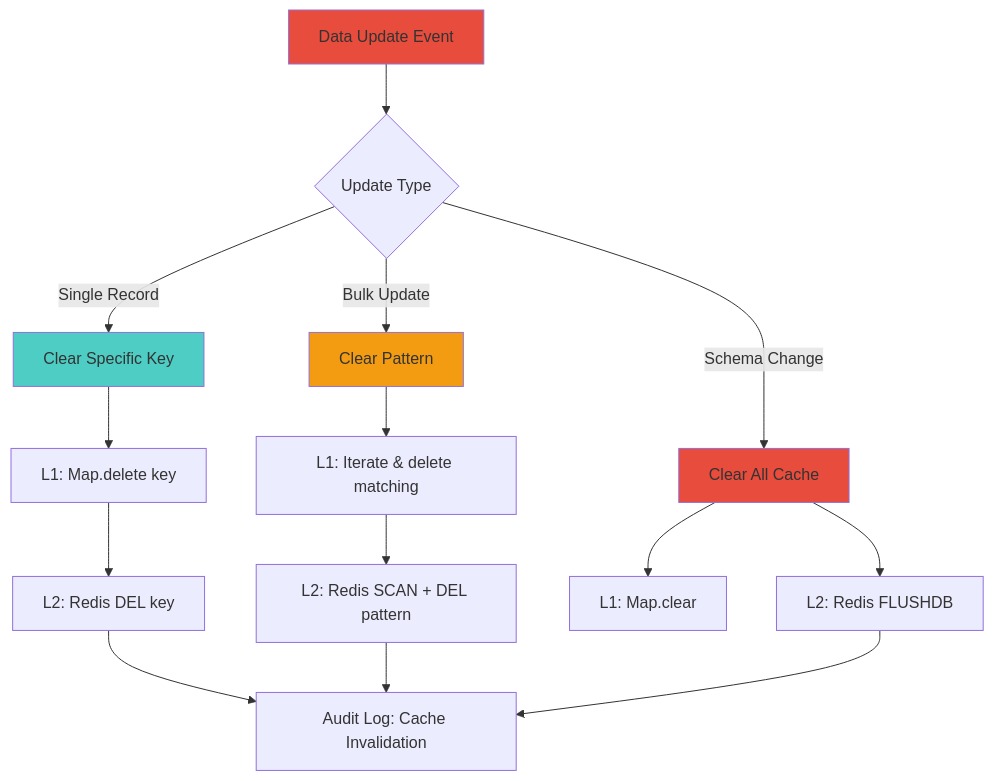
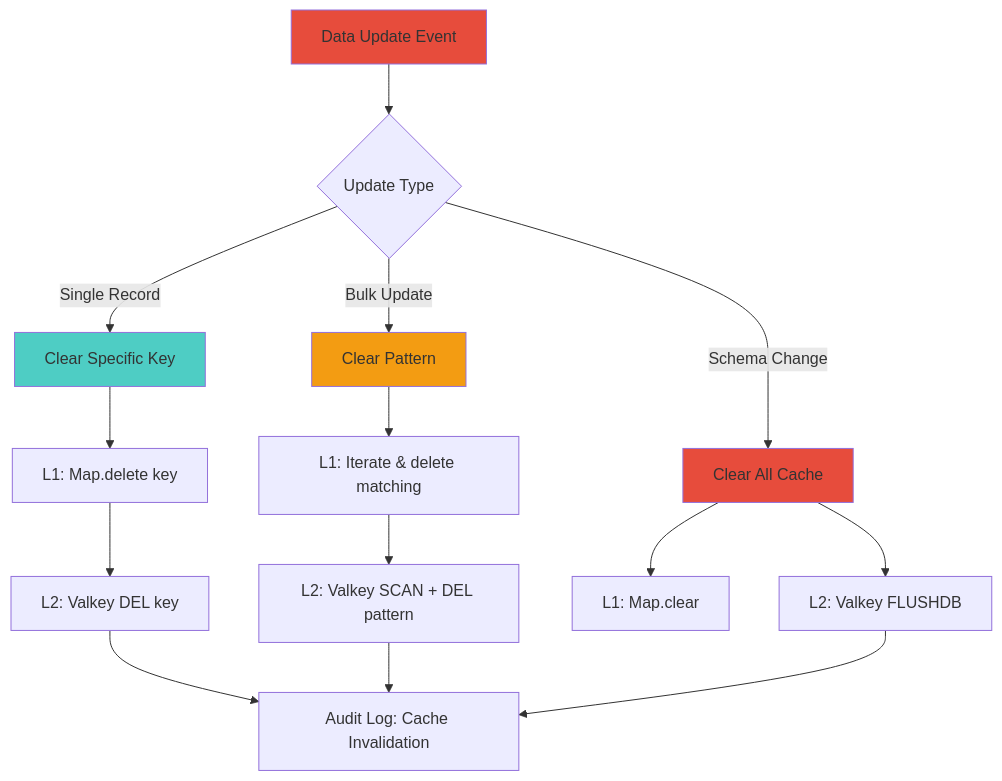
Before and after one commit to telemetryflow/telemetryflow-overview: the seventh of 54 diagrams in architecture/05-PERFORMANCE.md, drawn with Mermaid. The commit also changed other lines of this file and 23 other files, not shown here.

First line of the commit message:
docs: relabel Redis->Valkey in architecture/diagrams/prose (follow-up sweep)

````diff
--- a/architecture/05-PERFORMANCE.md
+++ b/architecture/05-PERFORMANCE.md
@@ -280,25 +280,25 @@
 ```mermaid
 flowchart TD
     A[Data Update Event] --> B{Update Type}
 
     B -->|Single Record| C[Clear Specific Key]
     B -->|Bulk Update| D[Clear Pattern]
     B -->|Schema Change| E[Clear All Cache]
 
     C --> F[L1: Map.delete key]
     D --> G[L1: Iterate & delete matching]
     E --> H[L1: Map.clear]
 
-    F --> I[L2: Redis DEL key]
-    G --> J[L2: Redis SCAN + DEL pattern]
-    E --> K[L2: Redis FLUSHDB]
+    F --> I[L2: Valkey DEL key]
+    G --> J[L2: Valkey SCAN + DEL pattern]
+    E --> K[L2: Valkey FLUSHDB]
 
     I --> L[Audit Log: Cache Invalidation]
     J --> L
     K --> L
 
     style A fill:#e74c3c
     style C fill:#4ecdc4
     style D fill:#f39c12
     style E fill:#e74c3c
 ```
````
